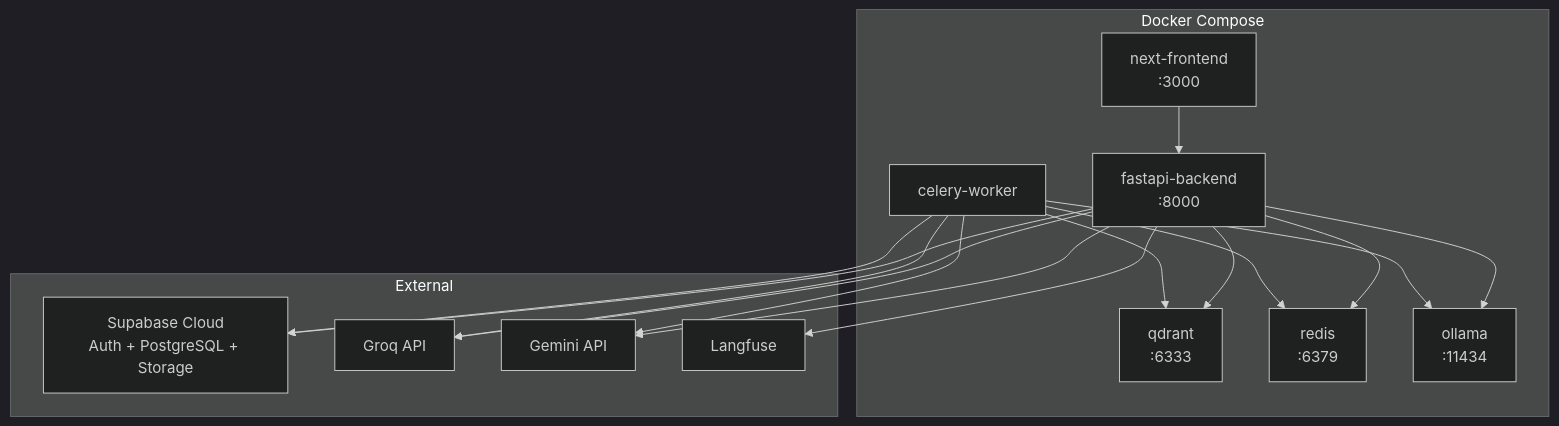
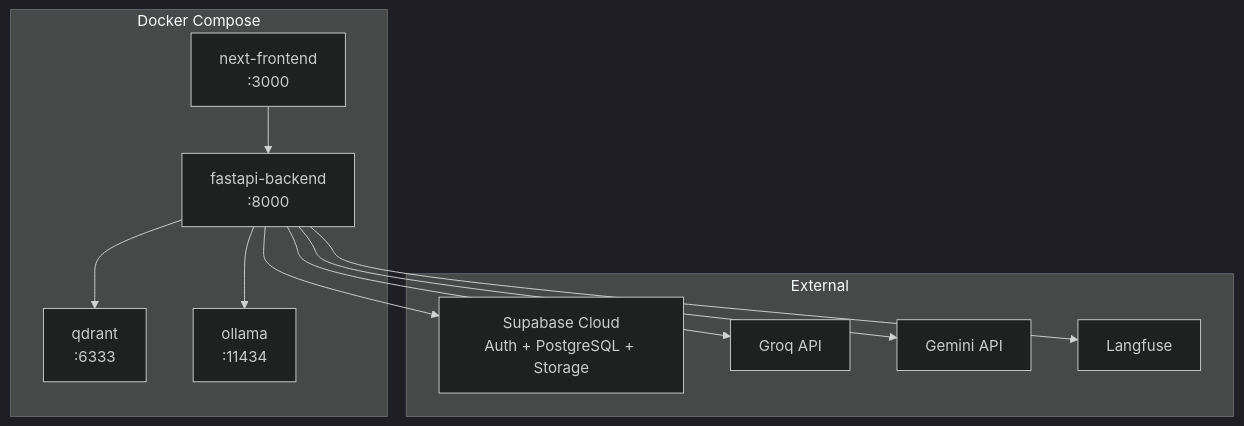
Before and after one commit to aryxn-builds/DocuMind-AI: the seventh of 8 diagrams in ARCHITECTURE.md, drawn with Mermaid (dark theme). The commit also changed other lines of this file and 47 other files, not shown here.

````diff
--- a/ARCHITECTURE.md
+++ b/ARCHITECTURE.md
@@ -402,33 +387,24 @@
 ```mermaid
 graph TB
     subgraph Docker Compose
         FE["next-frontend<br/>:3000"]
         API["fastapi-backend<br/>:8000"]
-        CW["celery-worker"]
         QD["qdrant<br/>:6333"]
-        RD["redis<br/>:6379"]
         OL["ollama<br/>:11434"]
     end
 
     subgraph External
         SB["Supabase Cloud<br/>Auth + PostgreSQL + Storage"]
         GQ["Groq API"]
         GM["Gemini API"]
         LF["Langfuse"]
     end
 
     FE --> API
     API --> SB
     API --> QD
-    API --> RD
     API --> GQ
     API --> GM
     API --> OL
     API --> LF
-    CW --> SB
-    CW --> QD
-    CW --> RD
-    CW --> GQ
-    CW --> GM
-    CW --> OL
 ```
````
